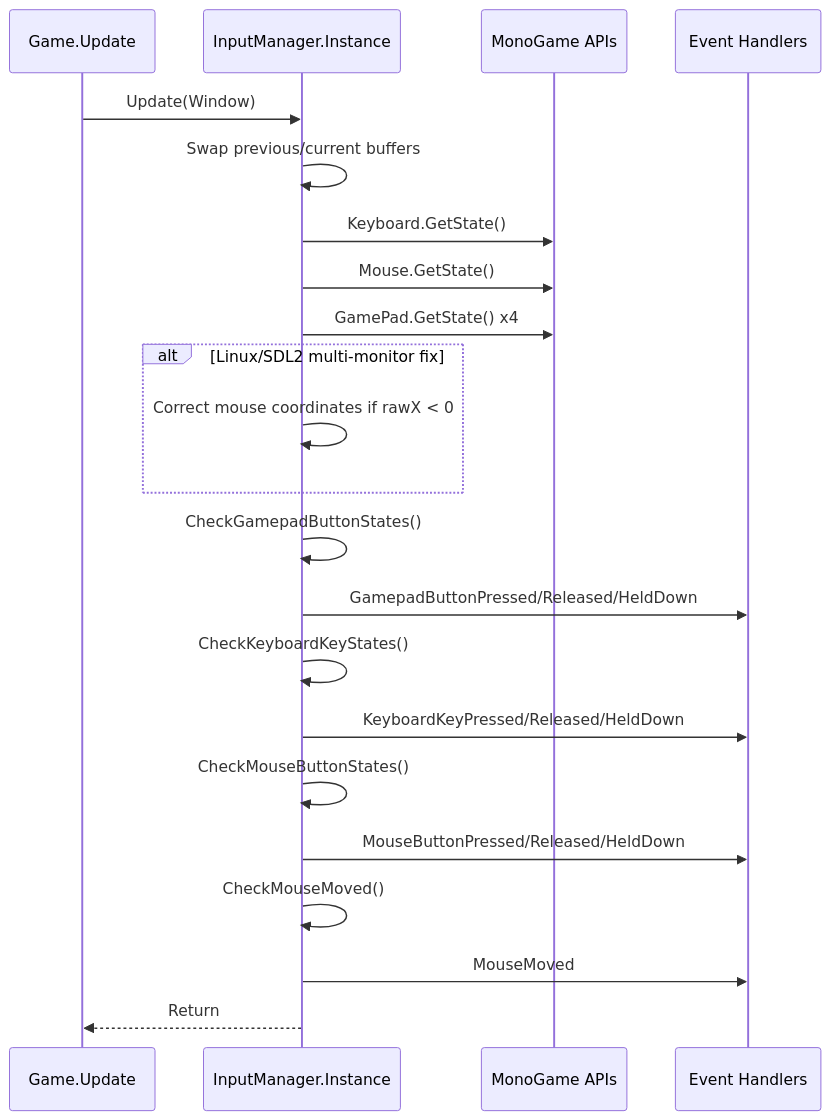
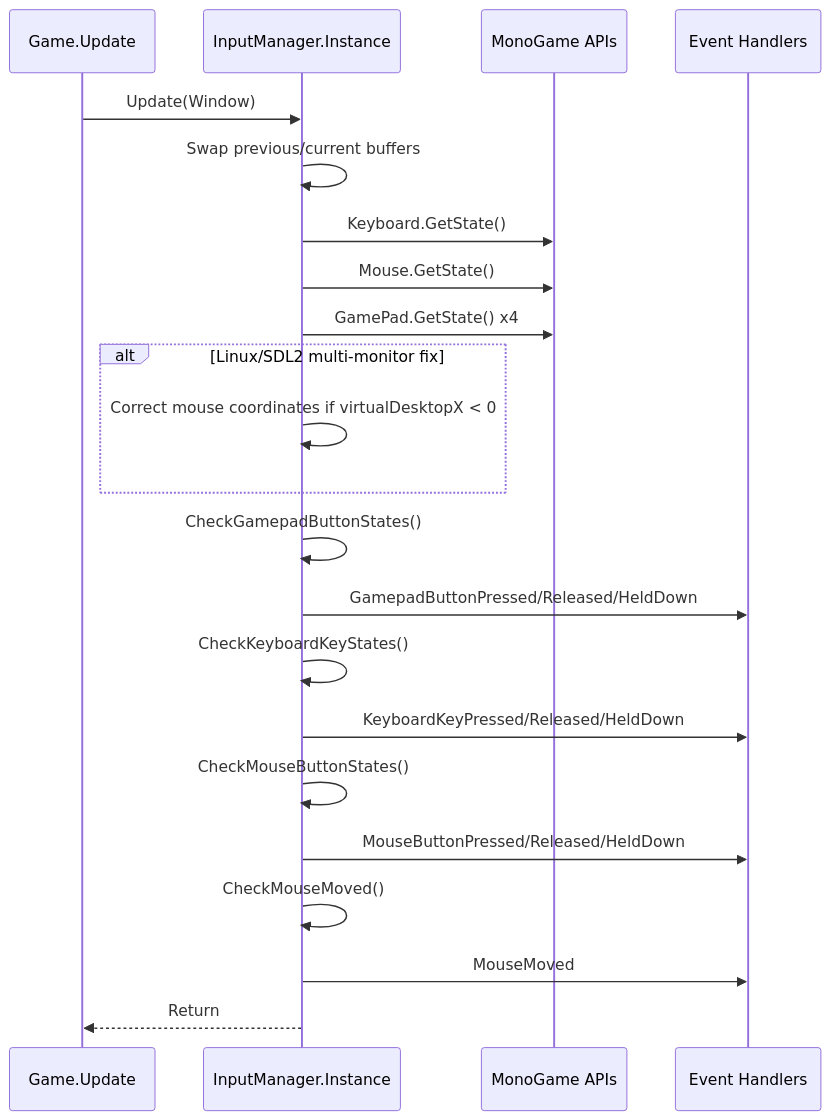
The third of 8 diagrams in ARCHITECTURE.md (hmlendea/nucixna.input), drawn with Mermaid before and after one commit. The commit also changed other lines of this file and 15 other files, not shown here.

````diff
--- a/ARCHITECTURE.md
+++ b/ARCHITECTURE.md
@@ -190,25 +190,25 @@
 ```mermaid
 sequenceDiagram
     participant Game as Game.Update
     participant IM as InputManager.Instance
     participant MG as MonoGame APIs
     participant Handlers as Event Handlers
 
     Game->>IM: Update(Window)
     IM->>IM: Swap previous/current buffers
     IM->>MG: Keyboard.GetState()
     IM->>MG: Mouse.GetState()
     IM->>MG: GamePad.GetState() x4
     alt Linux/SDL2 multi-monitor fix
-        IM->>IM: Correct mouse coordinates if rawX < 0
+        IM->>IM: Correct mouse coordinates if virtualDesktopX < 0
     end
     IM->>IM: CheckGamepadButtonStates()
     IM->>Handlers: GamepadButtonPressed/Released/HeldDown
     IM->>IM: CheckKeyboardKeyStates()
     IM->>Handlers: KeyboardKeyPressed/Released/HeldDown
     IM->>IM: CheckMouseButtonStates()
     IM->>Handlers: MouseButtonPressed/Released/HeldDown
     IM->>IM: CheckMouseMoved()
     IM->>Handlers: MouseMoved
     IM-->>Game: Return
 ```
````
